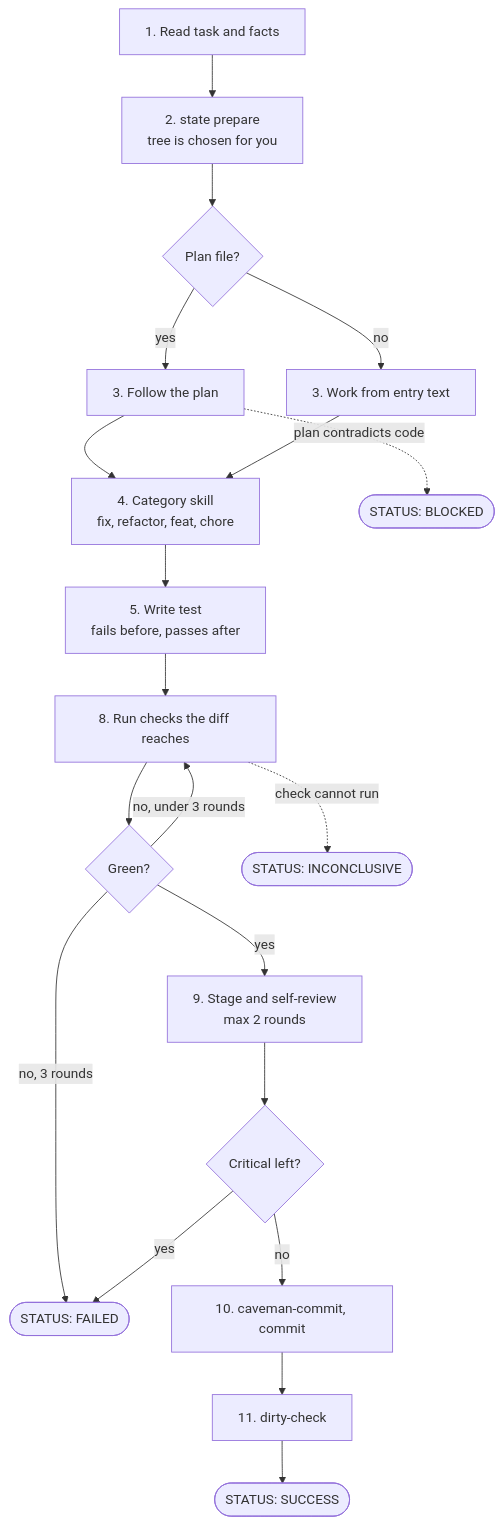
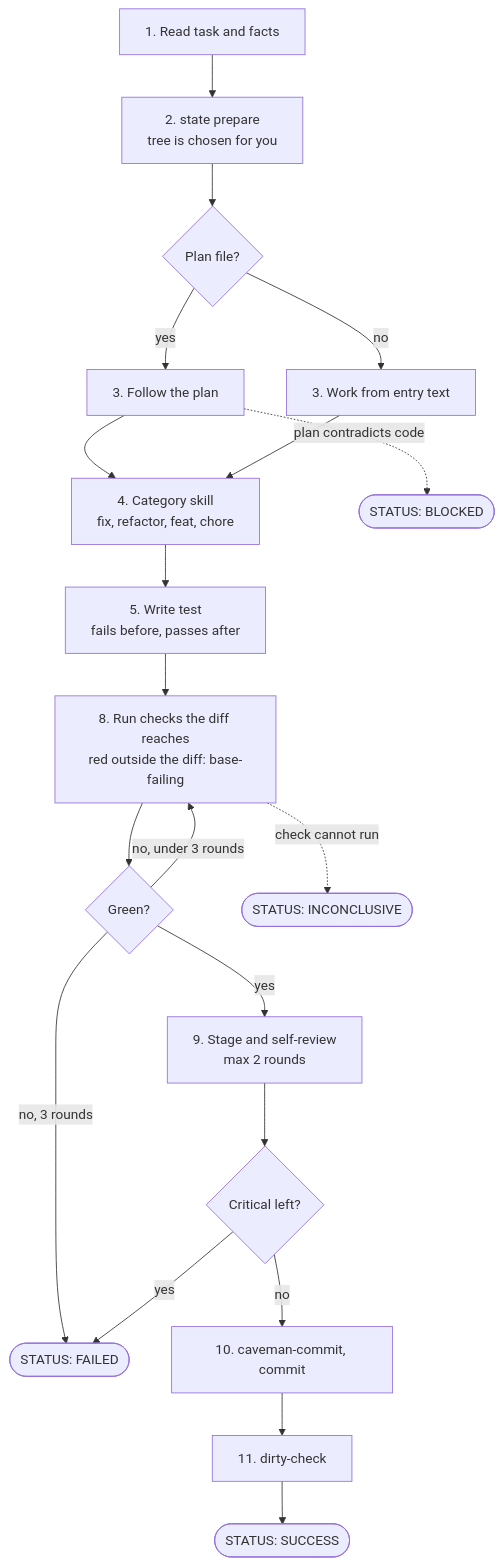
One commit to shortcuts/radin changed the diagram in docs/agents/lifecycle/leaf-loop.mmd. Above: the diagram before and after it, drawn with Mermaid. The commit also changed 11 other files, not shown here.

Commit message:
feat(state): add base-failing to record a base's red tests per task

```diff
--- a/docs/agents/lifecycle/leaf-loop.mmd
+++ b/docs/agents/lifecycle/leaf-loop.mmd
@@ -1,20 +1,20 @@
 flowchart TD
   s1[1. Read task and facts] --> s1a[2. state prepare<br/>tree is chosen for you]
   s1a --> plan{Plan file?}
   plan -- yes --> s2[3. Follow the plan]
   plan -- no --> s2b[3. Work from entry text]
   s2 --> s3
   s2b --> s3[4. Category skill<br/>fix, refactor, feat, chore]
   s3 --> s4[5. Write test<br/>fails before, passes after]
-  s4 --> s5[8. Run checks the diff reaches]
+  s4 --> s5[8. Run checks the diff reaches<br/>red outside the diff: base-failing]
   s5 --> green{Green?}
   green -- no, under 3 rounds --> s5
   green -- no, 3 rounds --> failed([STATUS: FAILED])
   green -- yes --> s5a[9. Stage and self-review<br/>max 2 rounds]
   s5a --> crit{Critical left?}
   crit -- yes --> failed
   crit -- no --> s6[10. caveman-commit, commit]
   s6 --> s7[11. dirty-check]
   s7 --> ok([STATUS: SUCCESS])
   s2 -. plan contradicts code .-> blocked([STATUS: BLOCKED])
   s5 -. check cannot run .-> inc([STATUS: INCONCLUSIVE])
```
